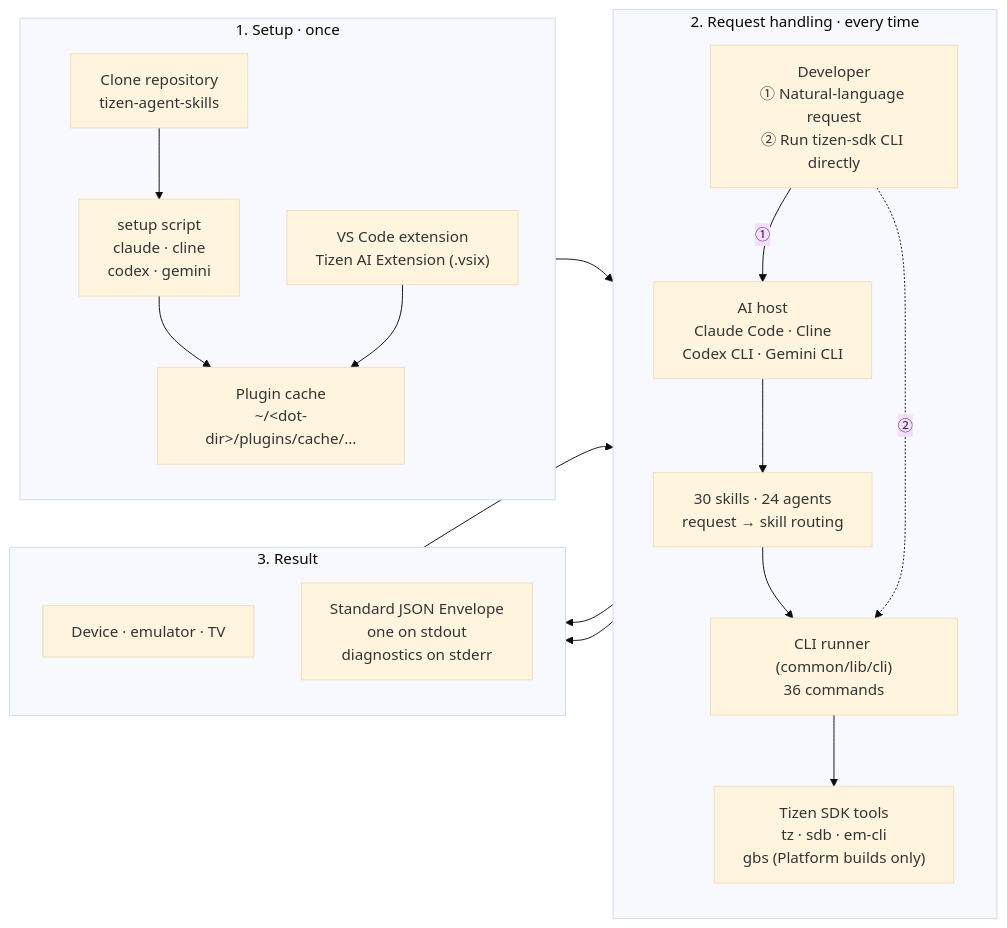
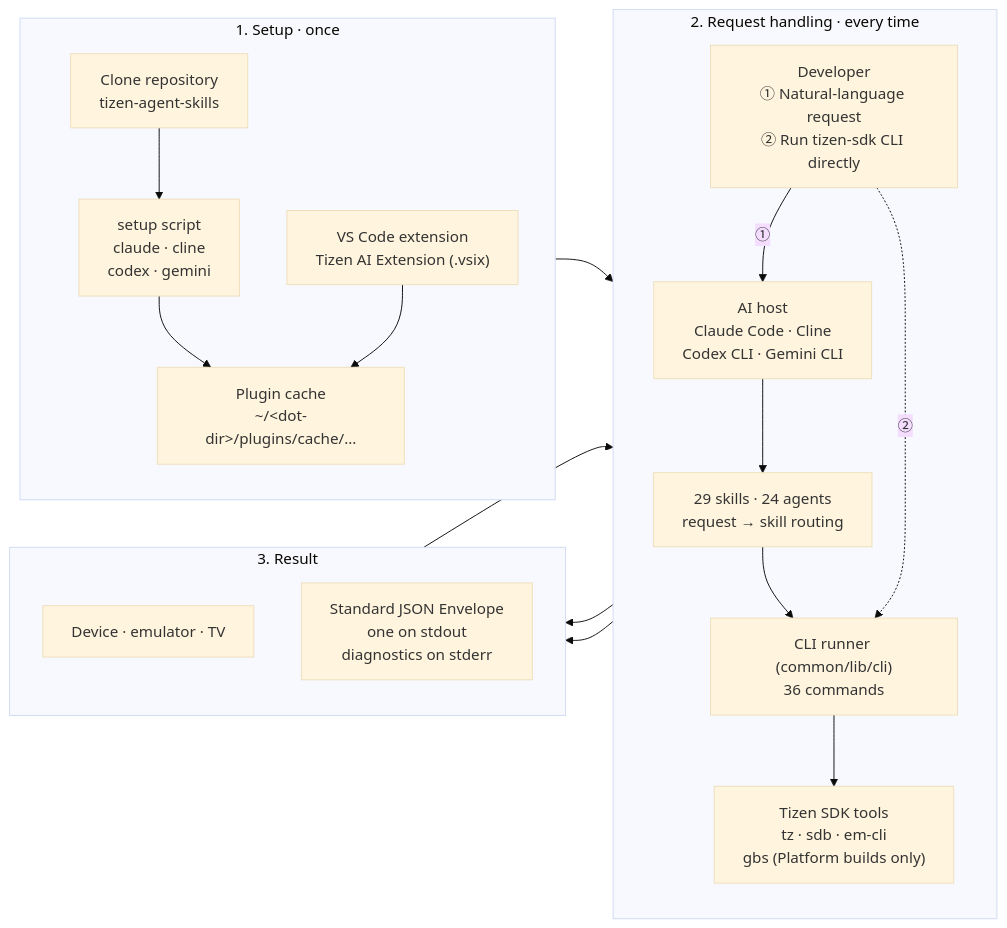
Before and after one commit to Samsung/tizen-agent-skills: the first of 2 diagrams in tizen-sdk-skills/quick-guide.md, drawn with Mermaid (base theme). The commit also changed other lines of this file, not shown here.

Commit message:
docs(tizen-sdk-skills): remove duplicated quick start step in quick-guide

````diff
--- a/tizen-sdk-skills/quick-guide.md
+++ b/tizen-sdk-skills/quick-guide.md
@@ -11,33 +11,34 @@
 ```mermaid
 flowchart LR
     subgraph S1["1. Setup · once"]
         direction TB
         Clone["Clone repository<br/>tizen-agent-skills"] --> Setup["setup script<br/>claude · cline<br/>codex · gemini"]
         VSIX["VS Code extension<br/>Tizen AI Extension (.vsix)"]
         Setup --> Cache["Plugin cache<br/>~/&lt;dot-dir&gt;/plugins/cache/..."]
         VSIX --> Cache
     end
 
     subgraph S2["2. Request handling · every time"]
         direction TB
         Dev["Developer<br/>① Natural-language request<br/>② Run tizen-sdk CLI directly"]
         Host["AI host<br/>Claude Code · Cline<br/>Codex CLI · Gemini CLI"]
         Skill["30 skills · 24 agents<br/>request → skill routing"]
+        Skill["29 skills · 24 agents<br/>request → skill routing"]
         Runner["CLI runner (common/lib/cli)<br/>36 commands"]
         Tools["Tizen SDK tools<br/>tz · sdb · em-cli<br/>gbs (Platform builds only)"]
         Dev -->|①| Host --> Skill --> Runner
         Dev -.->|②| Runner
         Runner --> Tools
     end
 
     subgraph S3["3. Result"]
         direction TB
         Target["Device · emulator · TV"]
         Env["Standard JSON Envelope<br/>one on stdout<br/>diagnostics on stderr"]
     end
 
     Cache --> Skill
     Tools --> Target
     Runner --> Env
     Env --> Host
 ```
````
